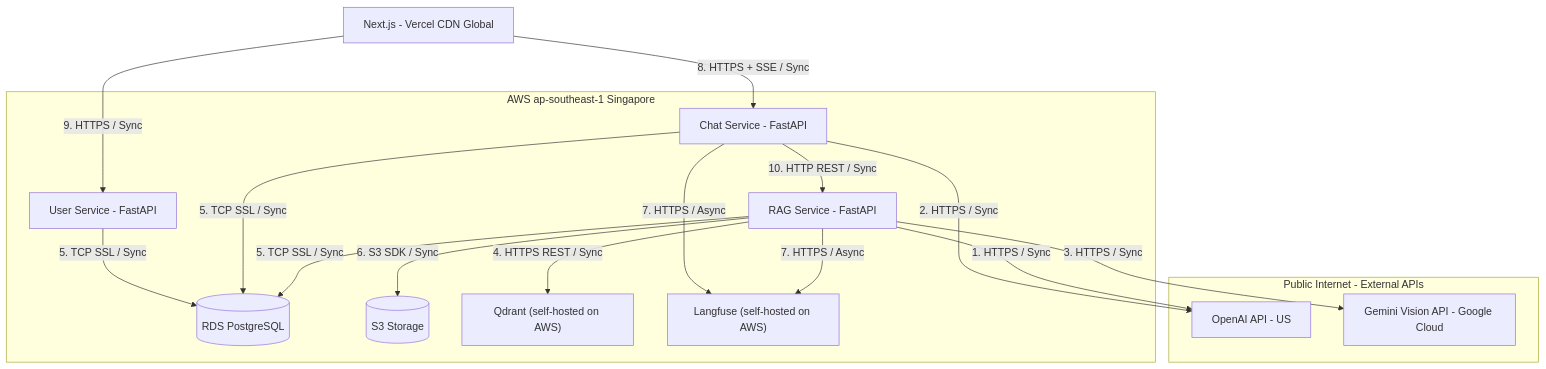
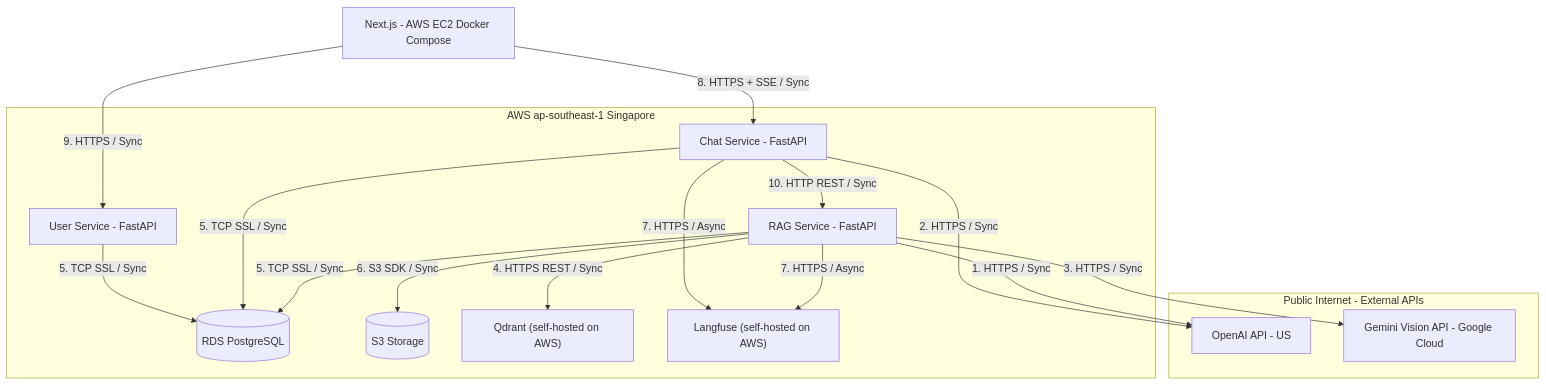
Before and after one commit to cds0987/DA08-VSF-AI: the fourth of 4 diagrams in docs/SA_RAG_Chatbot_Final.md, drawn with Mermaid. The commit also changed other lines of this file and 7 other files, not shown here.

````diff
--- a/docs/SA_RAG_Chatbot_Final.md
+++ b/docs/SA_RAG_Chatbot_Final.md
@@ -361,33 +377,33 @@
 ```mermaid
 flowchart TB
-    NEXTJS[Next.js - Vercel CDN Global]
+    NEXTJS[Next.js - AWS EC2 Docker Compose]
 
     subgraph AWS[AWS ap-southeast-1 Singapore]
         USVC[User Service - FastAPI]
         CHAT[Chat Service - FastAPI]
         RAG[RAG Service - FastAPI]
         PG[(RDS PostgreSQL)]
         S3[(S3 Storage)]
         QDRANT["Qdrant (self-hosted on AWS)"]
         LF["Langfuse (self-hosted on AWS)"]
     end
 
     subgraph EXT[Public Internet - External APIs]
         OPENAI[OpenAI API - US]
         GEMINI[Gemini Vision API - Google Cloud]
     end
 
     NEXTJS -- "9. HTTPS / Sync" --> USVC
     NEXTJS -- "8. HTTPS + SSE / Sync" --> CHAT
     CHAT -- "10. HTTP REST / Sync" --> RAG
     USVC -- "5. TCP SSL / Sync" --> PG
     CHAT -- "5. TCP SSL / Sync" --> PG
     RAG -- "5. TCP SSL / Sync" --> PG
     CHAT -- "2. HTTPS / Sync" --> OPENAI
     RAG -- "1. HTTPS / Sync" --> OPENAI
     RAG -- "3. HTTPS / Sync" --> GEMINI
     RAG -- "4. HTTPS REST / Sync" --> QDRANT
     RAG -- "6. S3 SDK / Sync" --> S3
     CHAT -- "7. HTTPS / Async" --> LF
     RAG -- "7. HTTPS / Async" --> LF
 ```
````
